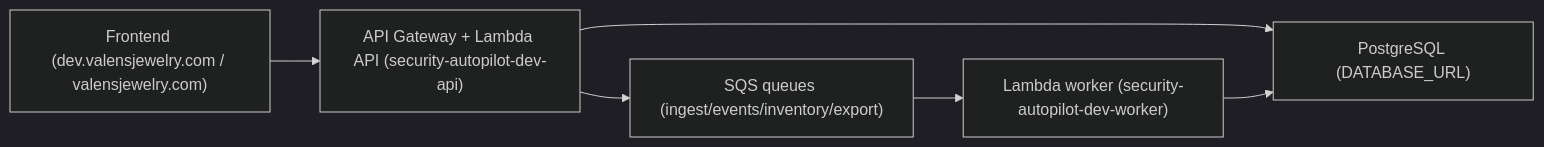
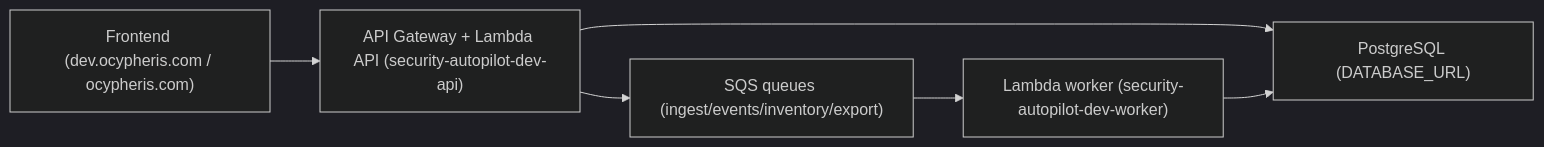
Before and after one commit to marcoIbrahim0/awsautopilot: the second of 2 diagrams in docs/audit-remediation/deployer-runbook-phase1-phase3.md, drawn with Mermaid (dark theme). The commit also changed other lines of this file and 90 other files, not shown here.

````diff
--- a/docs/audit-remediation/deployer-runbook-phase1-phase3.md
+++ b/docs/audit-remediation/deployer-runbook-phase1-phase3.md
@@ -51,8 +51,8 @@
 ```mermaid
 flowchart LR
-  FE["Frontend (dev.valensjewelry.com / valensjewelry.com)"] --> API["API Gateway + Lambda API (security-autopilot-dev-api)"]
+  FE["Frontend (dev.ocypheris.com / ocypheris.com)"] --> API["API Gateway + Lambda API (security-autopilot-dev-api)"]
   API --> DB["PostgreSQL (DATABASE_URL)"]
   API --> Q["SQS queues (ingest/events/inventory/export)"]
   Q --> WK["Lambda worker (security-autopilot-dev-worker)"]
   WK --> DB
 ```
````
